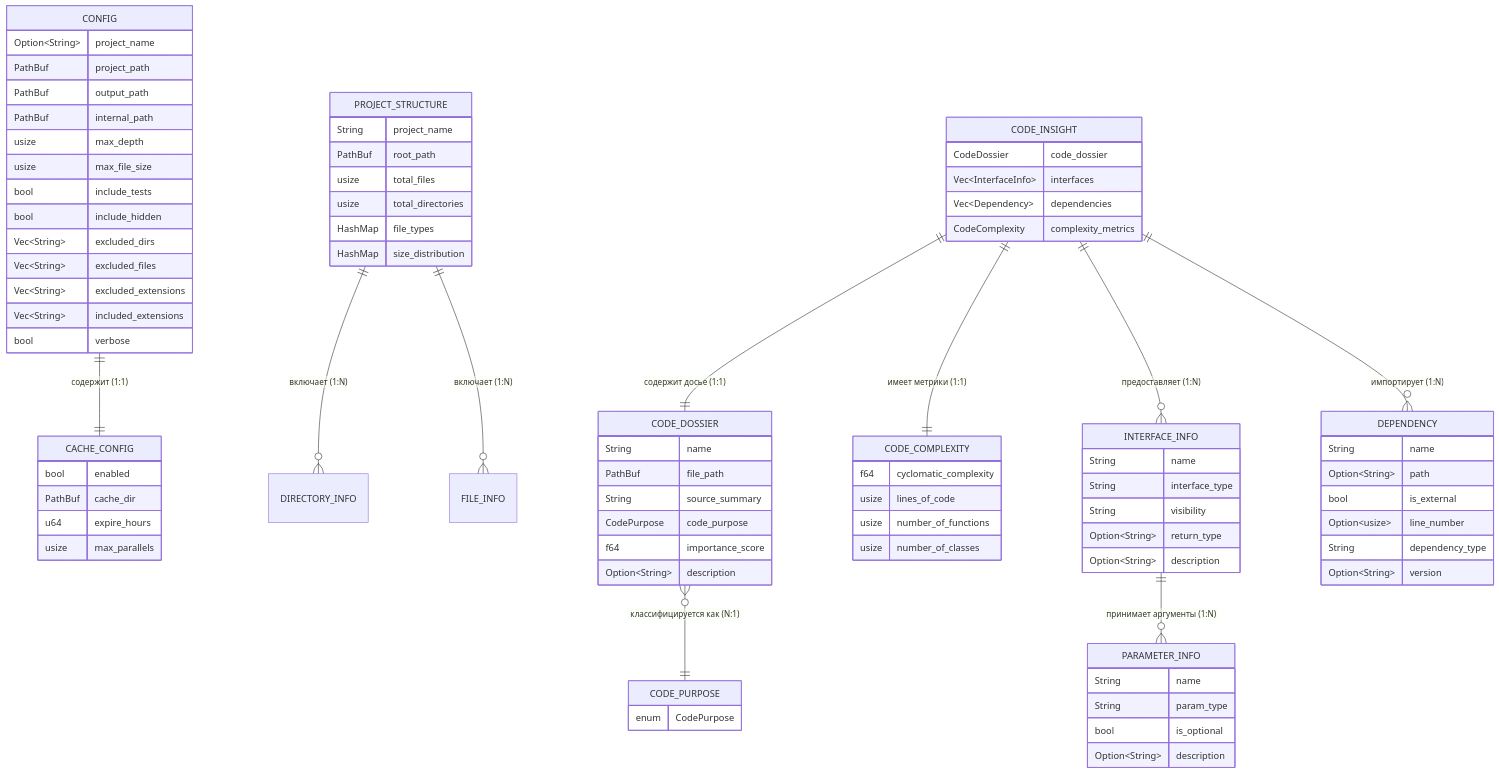
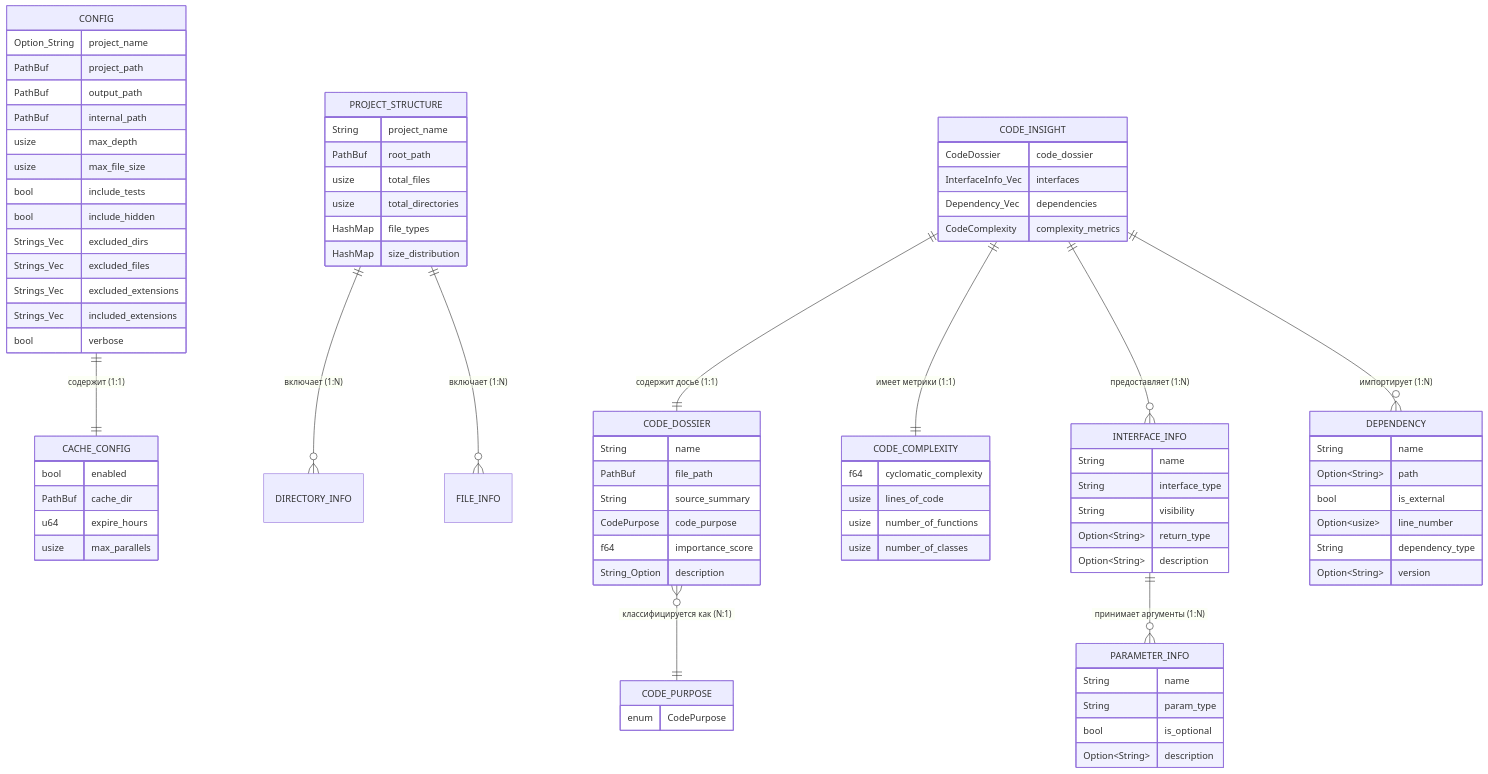
One commit to nimblemo/code-tree-rs changed diagram 31 of 32 in README.md. Above: the diagram before and after it, drawn with Mermaid. The commit also changed other lines of this file, not shown here.

````diff
--- a/README.md
+++ b/README.md
@@ -2136,7 +2164,7 @@
 ```mermaid
 erDiagram
     CONFIG ||--|| CACHE_CONFIG : "содержит (1:1)"
-    
+
     PROJECT_STRUCTURE ||--o{ DIRECTORY_INFO : "включает (1:N)"
     PROJECT_STRUCTURE ||--o{ FILE_INFO : "включает (1:N)"
 
@@ -2151,7 +2179,7 @@
 
     %% Определение атрибутов сущности CONFIG
     CONFIG {
-        Option~String~ project_name
+        Option_String project_name
         PathBuf project_path
         PathBuf output_path
         PathBuf internal_path
@@ -2159,10 +2187,10 @@
         usize max_file_size
         bool include_tests
         bool include_hidden
-        Vec~String~ excluded_dirs
-        Vec~String~ excluded_files
-        Vec~String~ excluded_extensions
-        Vec~String~ included_extensions
+        Strings_Vec excluded_dirs
+        Strings_Vec excluded_files
+        Strings_Vec excluded_extensions
+        Strings_Vec included_extensions
         bool verbose
     }
 
@@ -2184,8 +2212,8 @@
 
     CODE_INSIGHT {
         CodeDossier code_dossier
-        Vec~InterfaceInfo~ interfaces
-        Vec~Dependency~ dependencies
+        InterfaceInfo_Vec interfaces
+        Dependency_Vec dependencies
         CodeComplexity complexity_metrics
     }
 
@@ -2195,7 +2223,7 @@
         String source_summary
         CodePurpose code_purpose
         f64 importance_score
-        Option~String~ description
+        String_Option description
     }
 
     CODE_PURPOSE {
````
